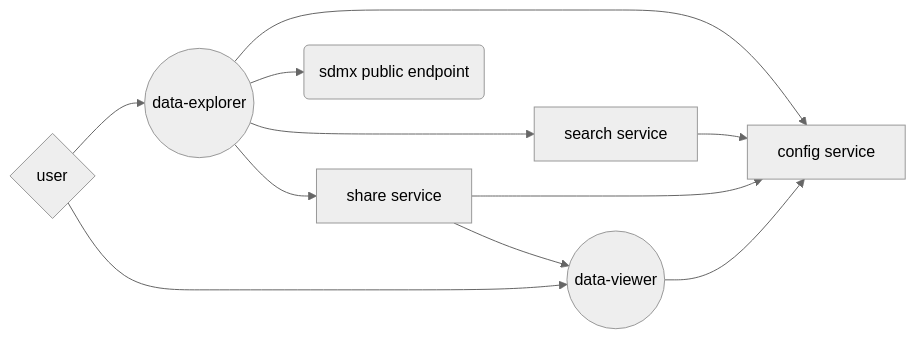
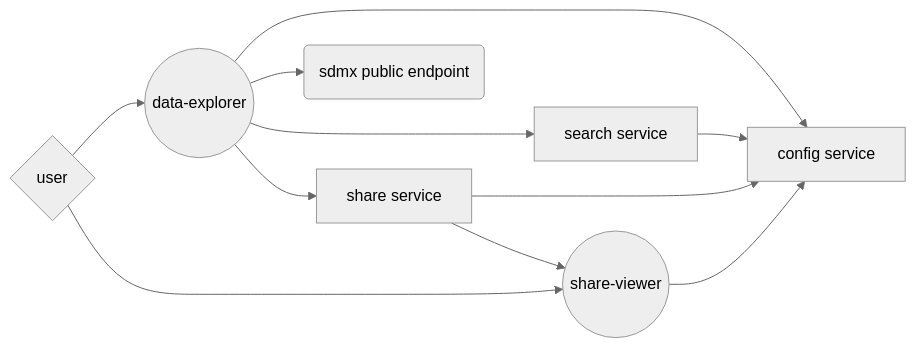
One commit to mmiranda222/.statsuite changed the first of 8 diagrams in content/getting started/framework.md. Above: the diagram before and after it, drawn with Mermaid (neutral theme). The commit also changed other lines of this file, not shown here.

````diff
--- a/content/getting started/framework.md
+++ b/content/getting started/framework.md
@@ -133,20 +141,20 @@
 ```mermaid
 graph LR;
   id0{user};
   id1((data-explorer));
-  id6((data-viewer));
+  id6((share-viewer));
   id2[share service];
   id3[config service];
   id4[search service];
   id5(sdmx public endpoint);
   id0-->id1;
   id2-->id6;
   id0-->id6;
   id1-->id2;
   id1-->id3;
   id1-->id4;
   id4-->id3;
   id2-->id3;
   id6-->id3;
   id1-->id5;
 ```
````
